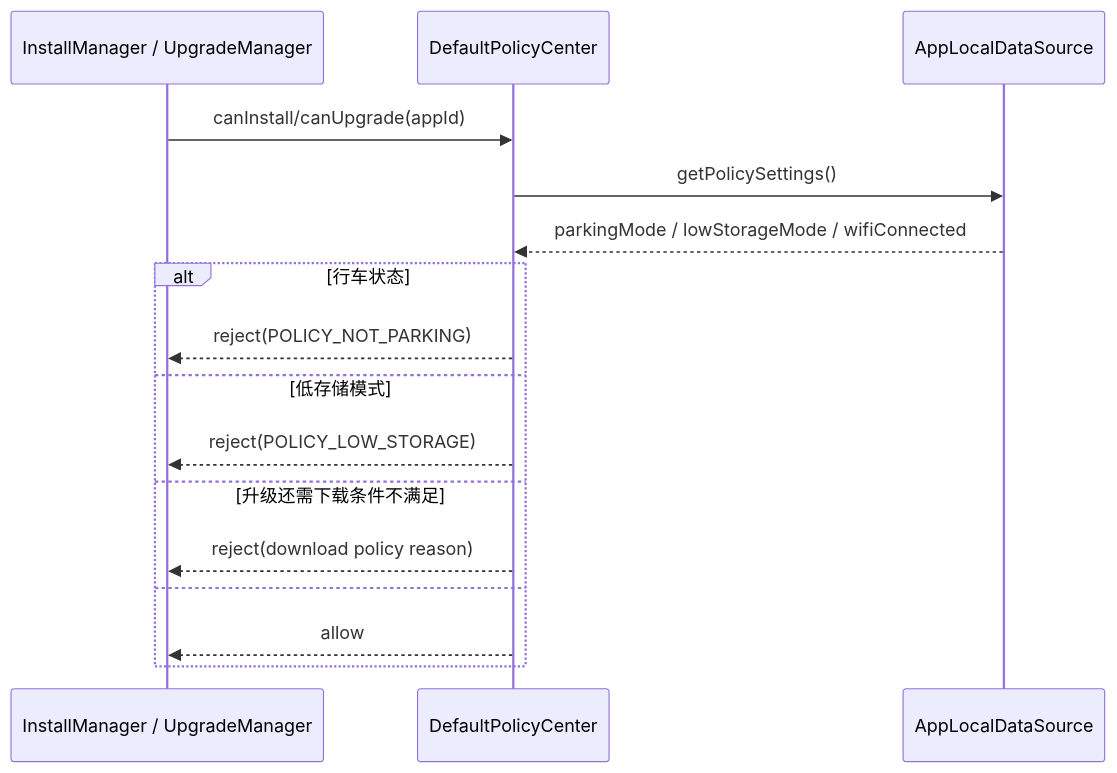
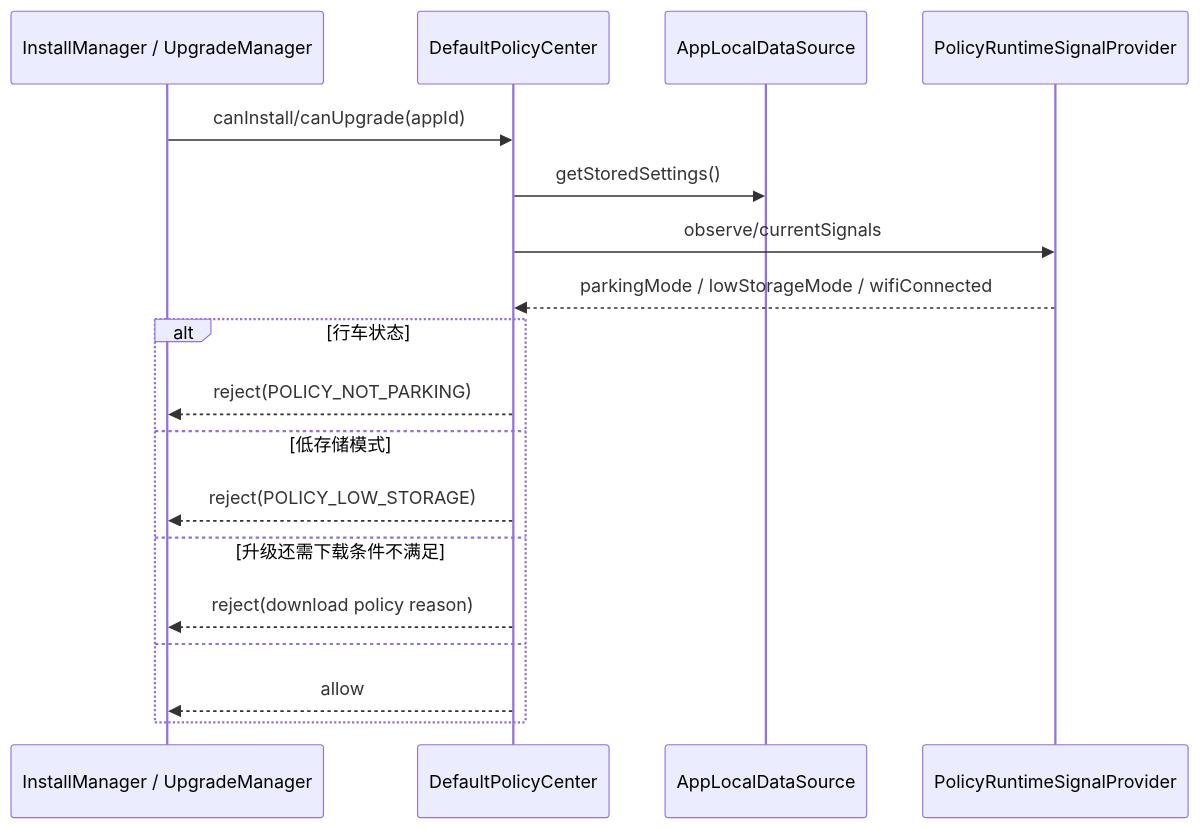
Before and after one commit to XZQ/CarAppStore: the fourth of 4 diagrams in docs/13-策略中心架构与流程.md, drawn with Mermaid. The commit also changed other lines of this file and 69 other files, not shown here.

Commit message:
Feat: harden store state flows and remote catalog pipeline

````diff
--- a/docs/13-策略中心架构与流程.md
+++ b/docs/13-策略中心架构与流程.md
@@ -114,20 +123,22 @@
 ```mermaid
 sequenceDiagram
 participant IM as InstallManager / UpgradeManager
 participant PC as DefaultPolicyCenter
 participant LOCAL as AppLocalDataSource
+participant SIGNAL as PolicyRuntimeSignalProvider
 
 IM->>PC: canInstall/canUpgrade(appId)
-PC->>LOCAL: getPolicySettings()
-LOCAL-->>PC: parkingMode / lowStorageMode / wifiConnected
+PC->>LOCAL: getStoredSettings()
+PC->>SIGNAL: observe/currentSignals
+SIGNAL-->>PC: parkingMode / lowStorageMode / wifiConnected
 
 alt 行车状态
     PC-->>IM: reject(POLICY_NOT_PARKING)
 else 低存储模式
     PC-->>IM: reject(POLICY_LOW_STORAGE)
 else 升级还需下载条件不满足
     PC-->>IM: reject(download policy reason)
 else
     PC-->>IM: allow
 end
 ```
````
